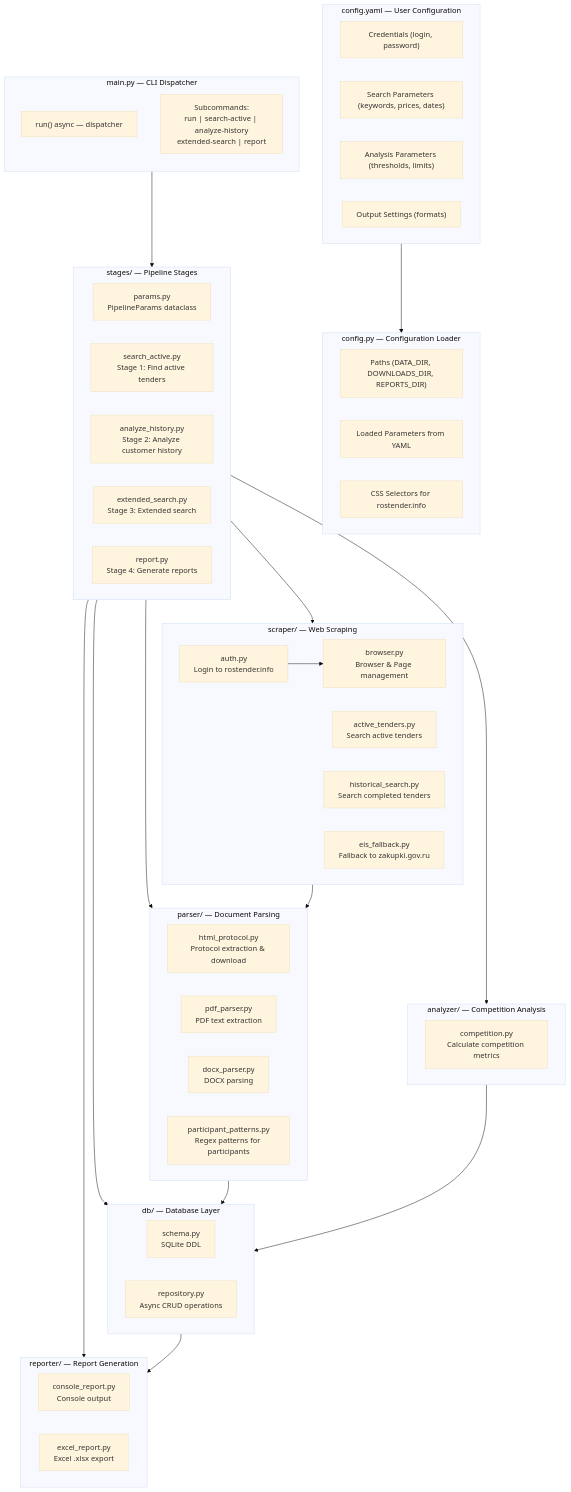
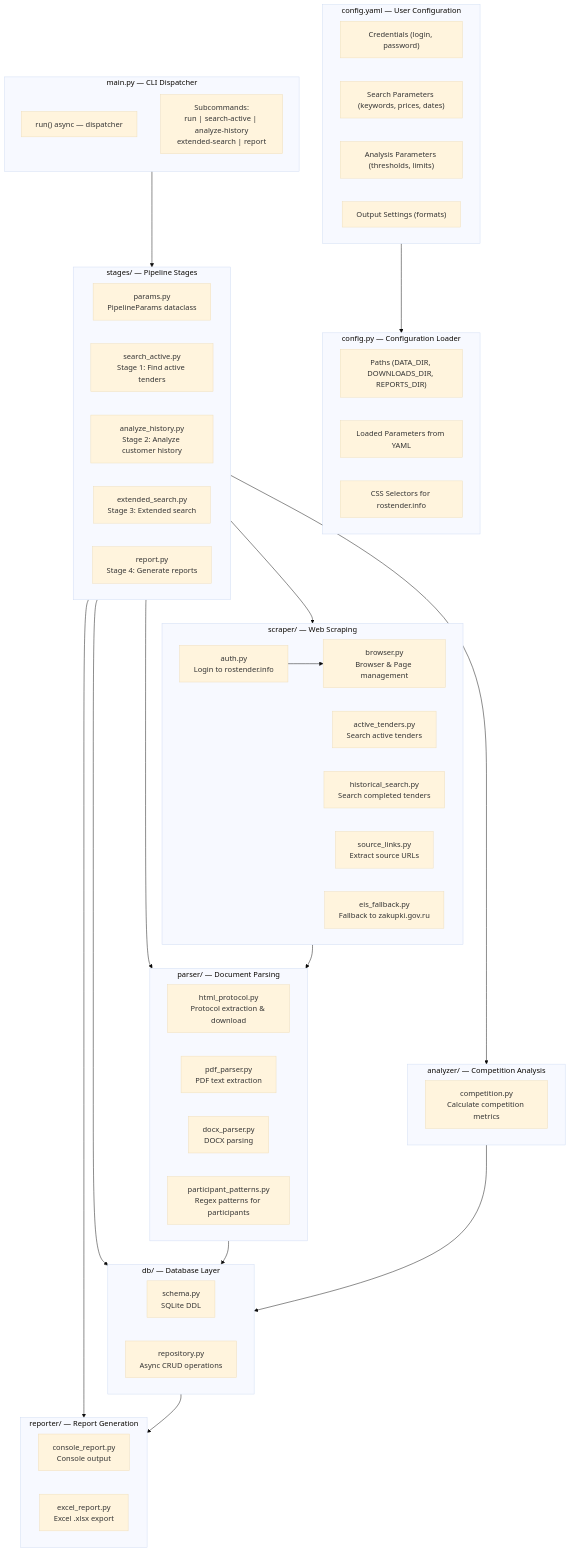
Before and after one commit to volk6022/rostender-parse: the first of 11 diagrams in STRUCTURE.md, drawn with Mermaid (base theme). The commit also changed other lines of this file and 16 other files, not shown here.

````diff
--- a/STRUCTURE.md
+++ b/STRUCTURE.md
@@ -9,72 +9,73 @@
 ```mermaid
 flowchart TB
     subgraph CLI["main.py — CLI Dispatcher"]
         direction TB
         run["run() async — dispatcher"]
         subcommands["Subcommands:<br/>run | search-active | analyze-history<br/>extended-search | report"]
     end
 
     subgraph ConfigYAML["config.yaml — User Configuration"]
         creds["Credentials (login, password)"]
         search_params["Search Parameters (keywords, prices, dates)"]
         analysis_params["Analysis Parameters (thresholds, limits)"]
         output_params["Output Settings (formats)"]
     end
 
     subgraph Config["config.py — Configuration Loader"]
         dirs["Paths (DATA_DIR, DOWNLOADS_DIR, REPORTS_DIR)"]
         params["Loaded Parameters from YAML"]
         selectors["CSS Selectors for rostender.info"]
     end
 
     subgraph Stages["stages/ — Pipeline Stages"]
         pp["params.py<br/>PipelineParams dataclass"]
         s1["search_active.py<br/>Stage 1: Find active tenders"]
         s2["analyze_history.py<br/>Stage 2: Analyze customer history"]
         s3["extended_search.py<br/>Stage 3: Extended search"]
         s4["report.py<br/>Stage 4: Generate reports"]
     end
 
     subgraph Scraper["scraper/ — Web Scraping"]
         auth["auth.py<br/>Login to rostender.info"]
         browser["browser.py<br/>Browser & Page management"]
         active["active_tenders.py<br/>Search active tenders"]
         historical["historical_search.py<br/>Search completed tenders"]
+        source_links["source_links.py<br/>Extract source URLs"]
         eis["eis_fallback.py<br/>Fallback to zakupki.gov.ru"]
     end
 
     subgraph Parser["parser/ — Document Parsing"]
         html_proto["html_protocol.py<br/>Protocol extraction & download"]
         pdf["pdf_parser.py<br/>PDF text extraction"]
         docx["docx_parser.py<br/>DOCX parsing"]
         patterns["participant_patterns.py<br/>Regex patterns for participants"]
     end
 
     subgraph Analyzer["analyzer/ — Competition Analysis"]
         competition["competition.py<br/>Calculate competition metrics"]
     end
 
     subgraph DB["db/ — Database Layer"]
         schema["schema.py<br/>SQLite DDL"]
         repo["repository.py<br/>Async CRUD operations"]
     end
 
     subgraph Reporter["reporter/ — Report Generation"]
         console["console_report.py<br/>Console output"]
         excel["excel_report.py<br/>Excel .xlsx export"]
     end
 
     ConfigYAML --> Config
     CLI --> Stages
     Stages --> Scraper
     Stages --> Parser
     Stages --> Analyzer
     Stages --> DB
     Stages --> Reporter
 
     auth --> browser
     Scraper --> Parser
     Parser --> DB
     Analyzer --> DB
     DB --> Reporter
 ```
````
